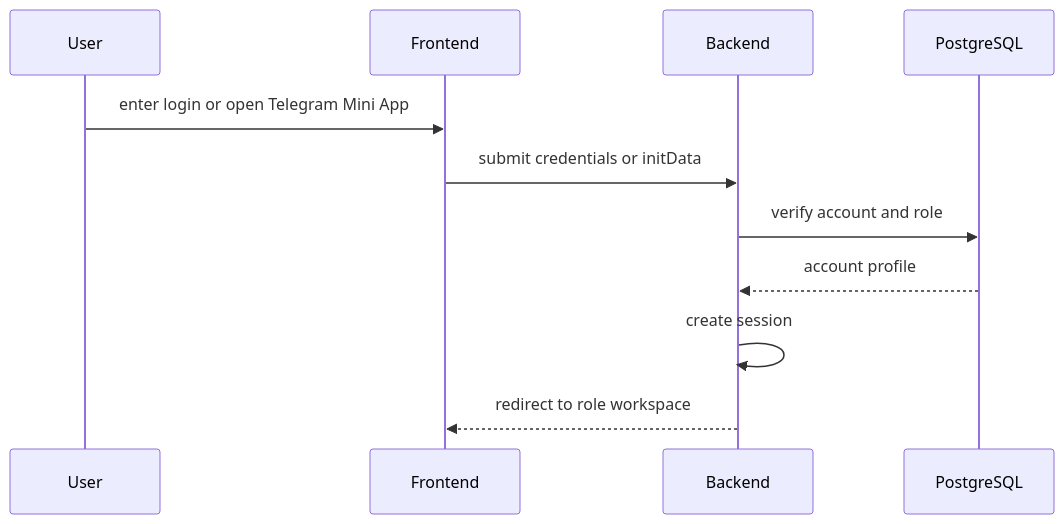
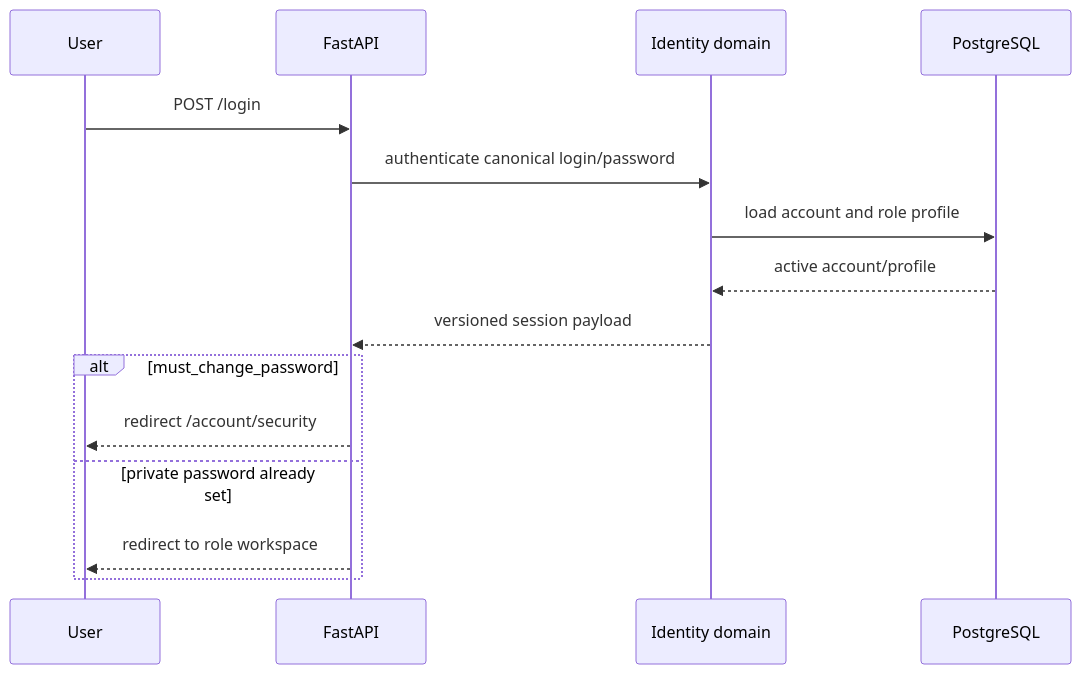
One commit to Khamid22/msischoolbot_v2 changed the second of 2 diagrams in docs/ENGINEERING_AUTH_AND_ROLES.md. Above: the diagram before and after it, drawn with Mermaid. The commit also changed other lines of this file and 433 other files, not shown here.

````diff
--- a/docs/ENGINEERING_AUTH_AND_ROLES.md
+++ b/docs/ENGINEERING_AUTH_AND_ROLES.md
@@ -58,14 +67,18 @@
 ```mermaid
 sequenceDiagram
     participant User
-    participant Frontend
-    participant Backend
+    participant Web as FastAPI
+    participant Identity as Identity domain
     participant DB as PostgreSQL
 
-    User->>Frontend: enter login or open Telegram Mini App
-    Frontend->>Backend: submit credentials or initData
-    Backend->>DB: verify account and role
-    DB-->>Backend: account profile
-    Backend->>Backend: create session
-    Backend-->>Frontend: redirect to role workspace
+    User->>Web: POST /login
+    Web->>Identity: authenticate canonical login/password
+    Identity->>DB: load account and role profile
+    DB-->>Identity: active account/profile
+    Identity-->>Web: versioned session payload
+    alt must_change_password
+        Web-->>User: redirect /account/security
+    else private password already set
+        Web-->>User: redirect to role workspace
+    end
 ```
````
